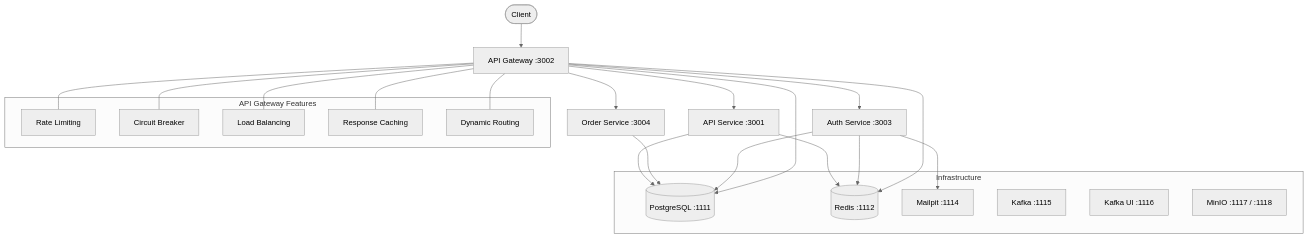
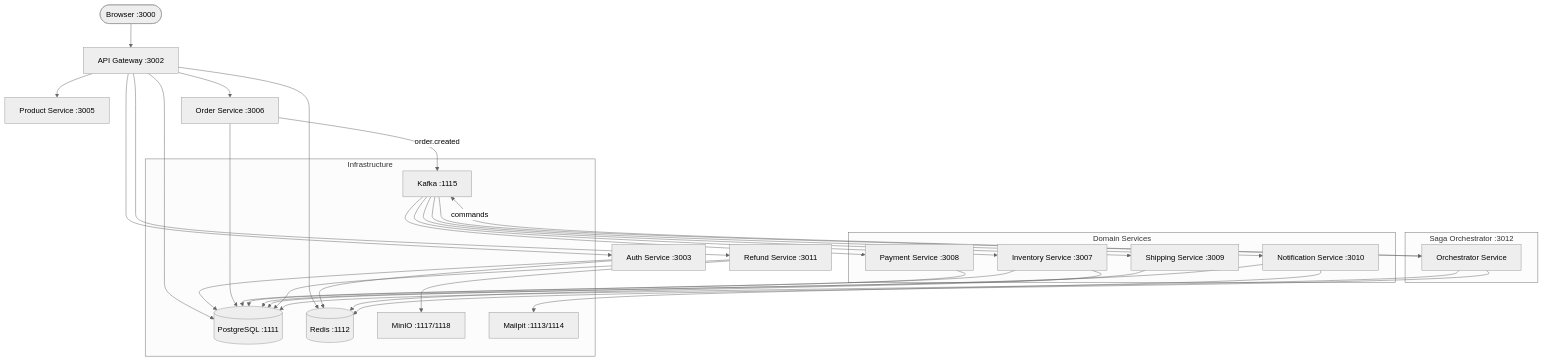
One commit to mytoandeptrai/api-gateway-playground changed the first of 4 diagrams in README.md. Above: the diagram before and after it, drawn with Mermaid (neutral theme). The commit also changed other lines of this file and 1 other file, not shown here.

````diff
--- a/README.md
+++ b/README.md
@@ -18,40 +19,52 @@
 ```mermaid
 graph TB
-    Client([Client]) --> Gateway[API Gateway :3002]
+    Client([Browser :3000]) --> Gateway[API Gateway :3002]
 
-    Gateway --> AuthService[Auth Service :3003]
-    Gateway --> OrderService[Order Service :3004]
-    Gateway --> ApiService[API Service :3001]
+    Gateway --> AuthSvc[Auth Service :3003]
+    Gateway --> ProductSvc[Product Service :3005]
+    Gateway --> OrderSvc[Order Service :3006]
+    Gateway --> RefundSvc[Refund Service :3011]
 
-    subgraph Infrastructure
+    subgraph "Saga Orchestrator :3012"
+        Orchestrator[Orchestrator Service]
+    end
+
+    subgraph "Domain Services"
+        InventorySvc[Inventory Service :3007]
+        PaymentSvc[Payment Service :3008]
+        ShippingSvc[Shipping Service :3009]
+        NotificationSvc[Notification Service :3010]
+    end
+
+    subgraph "Infrastructure"
         PG[(PostgreSQL :1111)]
         Redis[(Redis :1112)]
-        Mailpit[Mailpit :1114]
         Kafka[Kafka :1115]
-        KafkaUI[Kafka UI :1116]
-        MinIO[MinIO :1117 / :1118]
+        MinIO[MinIO :1117/1118]
+        Mailpit[Mailpit :1113/1114]
     end
+
+    OrderSvc -->|order.created| Kafka
+    Kafka --> Orchestrator
+    Orchestrator -->|commands| Kafka
+    Kafka --> InventorySvc
+    Kafka --> PaymentSvc
+    Kafka --> ShippingSvc
+    Kafka --> NotificationSvc
 
     Gateway --> Redis
     Gateway --> PG
-    AuthService --> PG
-    AuthService --> Redis
-    AuthService --> Mailpit
-    OrderService --> PG
-    ApiService --> PG
-    ApiService --> Redis
-
-    subgraph "API Gateway Features"
-        RateLimit[Rate Limiting]
-        CircuitBreaker[Circuit Breaker]
-        LoadBalancer[Load Balancing]
-        Cache[Response Caching]
-        DynamicRouting[Dynamic Routing]
-    end
-
-    Gateway --- RateLimit
-    Gateway --- CircuitBreaker
-    Gateway --- LoadBalancer
-    Gateway --- Cache
-    Gateway --- DynamicRouting
+    AuthSvc --> PG
+    AuthSvc --> Redis
+    OrderSvc --> PG
+    InventorySvc --> PG
+    InventorySvc --> Redis
+    PaymentSvc --> PG
+    ShippingSvc --> PG
+    NotificationSvc --> PG
+    NotificationSvc --> Mailpit
+    RefundSvc --> PG
+    RefundSvc --> MinIO
+    Orchestrator --> PG
+    Orchestrator --> Redis
 ```
````
